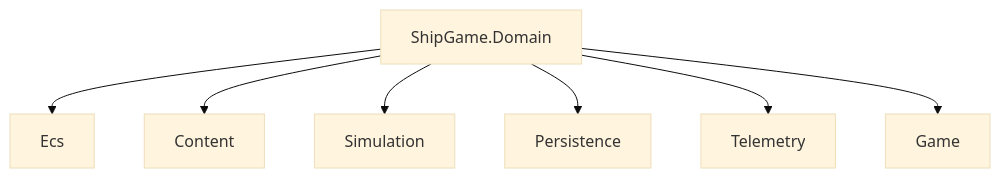
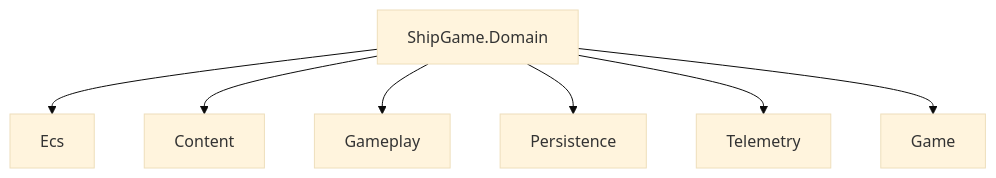
Before and after one commit to pabloordonez/monogame-ship-incremental: the diagram in src/ShipGame.Domain/README.md, drawn with Mermaid (base theme). The commit also changed other lines of this file and 259 other files, not shown here.

First line of the commit message:
Refactor simulation to gameplay and update project structure

````diff
--- a/src/ShipGame.Domain/README.md
+++ b/src/ShipGame.Domain/README.md
@@ -7,9 +7,9 @@
 ```mermaid
 flowchart TB
   Domain[ShipGame.Domain] --> Ecs
   Domain --> Content
-  Domain --> Simulation
+  Domain --> Gameplay
   Domain --> Persistence
   Domain --> Telemetry
   Domain --> Game
 ```
````
